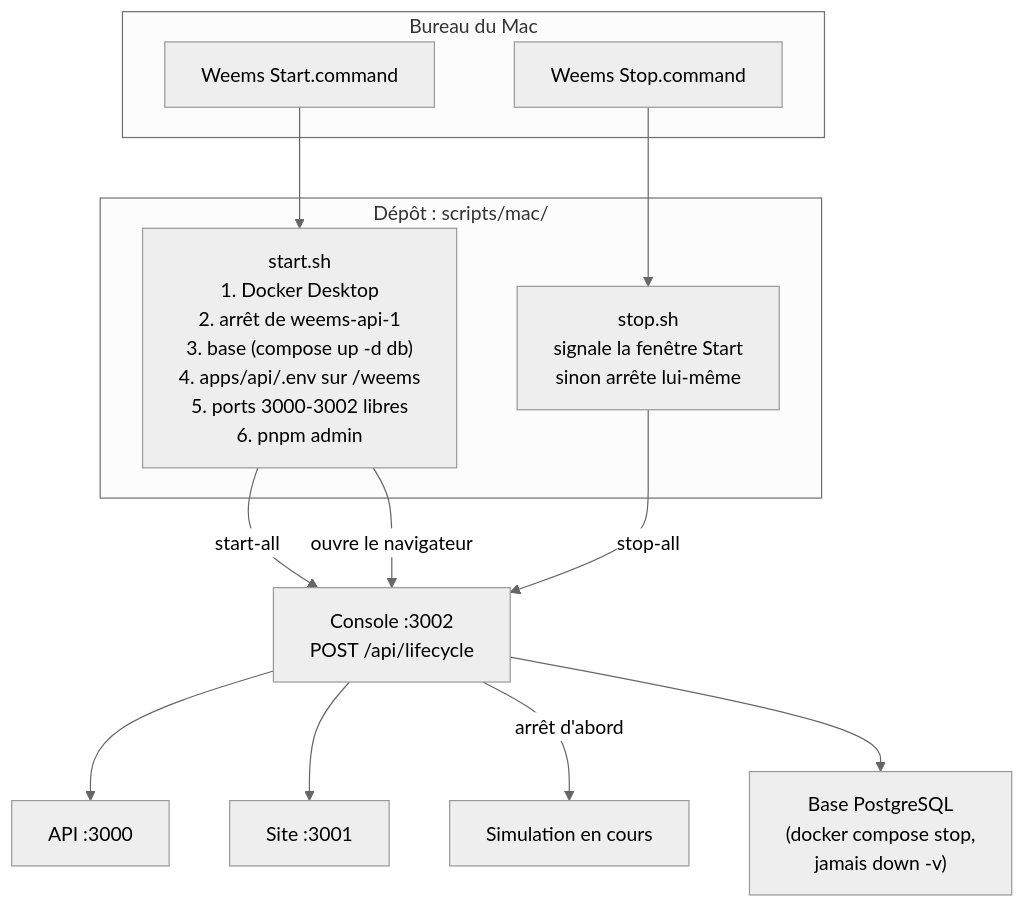
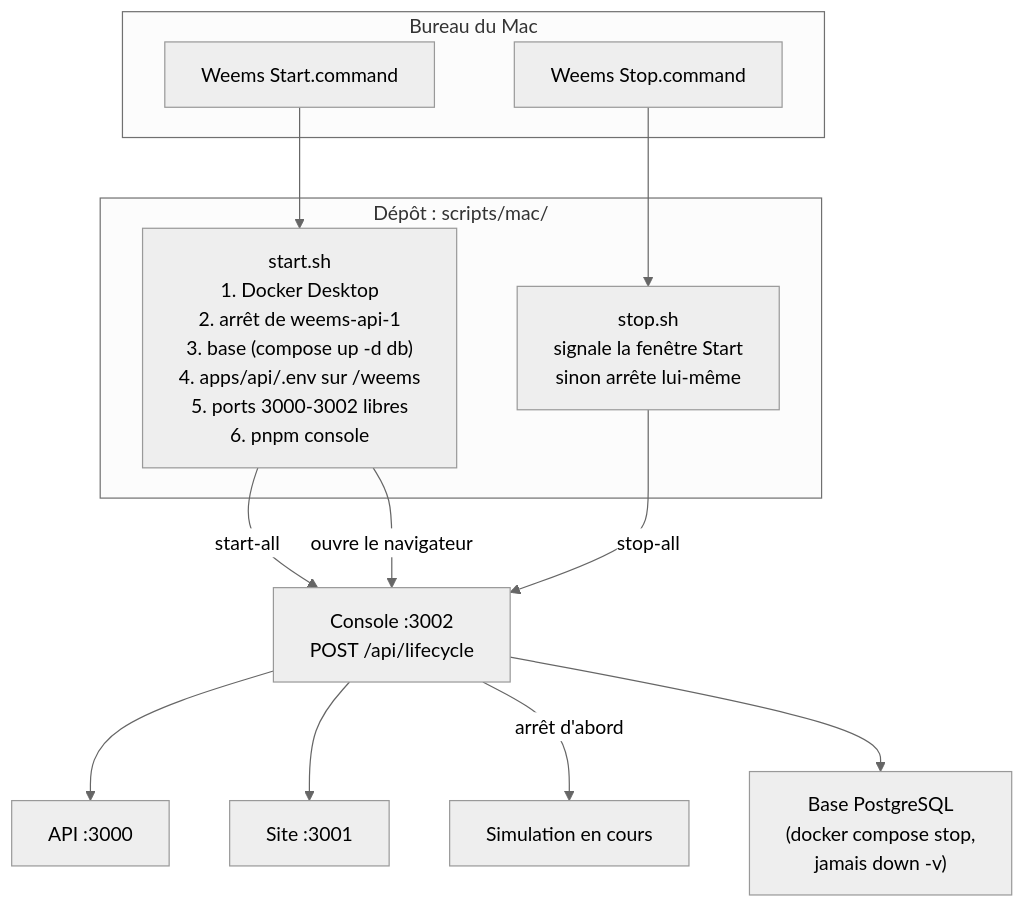
One commit to tetardo/weems changed the diagram in docs/schemas/mac-start-stop.mmd. Above: the diagram before and after it, drawn with Mermaid (neutral theme). The commit also changed 348 other files, not shown here.

First line of the commit message:
refactor: renommer l'application admin en console (#116)

```diff
--- a/docs/schemas/mac-start-stop.mmd
+++ b/docs/schemas/mac-start-stop.mmd
@@ -1,24 +1,24 @@
 flowchart TB
   subgraph bureau["Bureau du Mac"]
     start["Weems Start.command"]
     stop["Weems Stop.command"]
   end
   subgraph depot["Dépôt : scripts/mac/"]
-    s1["start.sh<br/>1. Docker Desktop<br/>2. arrêt de weems-api-1<br/>3. base (compose up -d db)<br/>4. apps/api/.env sur /weems<br/>5. ports 3000-3002 libres<br/>6. pnpm admin"]
+    s1["start.sh<br/>1. Docker Desktop<br/>2. arrêt de weems-api-1<br/>3. base (compose up -d db)<br/>4. apps/api/.env sur /weems<br/>5. ports 3000-3002 libres<br/>6. pnpm console"]
     s2["stop.sh<br/>signale la fenêtre Start<br/>sinon arrête lui-même"]
   end
   console["Console :3002<br/>POST /api/lifecycle"]
   api["API :3000"]
   site["Site :3001"]
   sim["Simulation en cours"]
   db["Base PostgreSQL<br/>(docker compose stop,<br/>jamais down -v)"]
 
   start --> s1
   stop --> s2
   s1 -->|"start-all"| console
   s1 -->|"ouvre le navigateur"| console
   s2 -->|"stop-all"| console
   console --> api
   console --> site
   console -->|"arrêt d'abord"| sim
   console --> db
```
